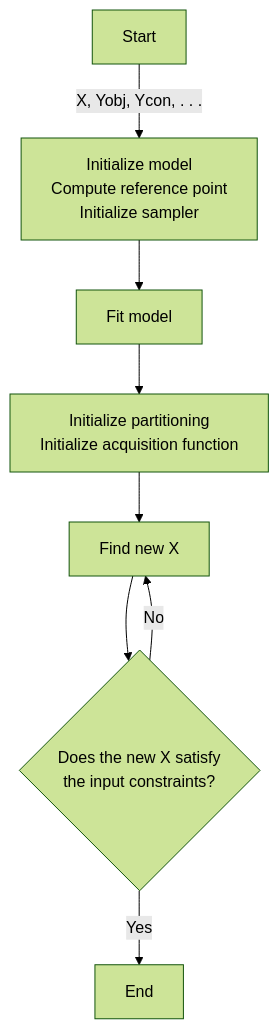
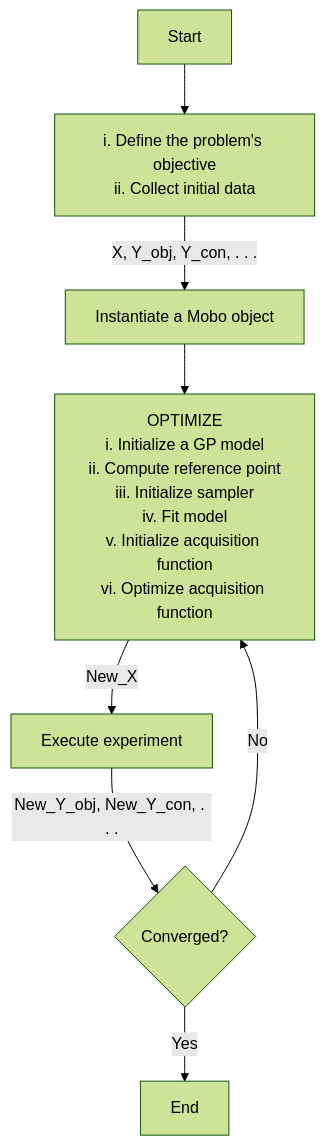
One commit to BerriesLab/pybo changed the diagram in readme.md. Above: the diagram before and after it, drawn with Mermaid (forest theme). The commit also changed other lines of this file and 10 other files, not shown here.

````diff
--- a/readme.md
+++ b/readme.md
@@ -80,17 +54,15 @@
 ```mermaid
 flowchart TD
-    A[Initialize model<br>Compute reference point<br>Initialize sampler]
-    B[Fit model]
-    C[Initialize partitioning<br>Initialize acquisition function]
-    D[Find new X]
-    E{Does the new X satisfy<br>the input constraints?}
-    Start -->|X, Yobj, Ycon, . . .| A
-    A --> B
-    B --> C
-    C --> D
-    D --> E
-    E -->|Yes| End
-    E -->|No| D
-
-
+    A1[i. Define the problem's objective<br>ii. Collect initial data]
+    A2[Instantiate a Mobo object]
+    A3[OPTIMIZE<br>i. Initialize a GP model<br>ii. Compute reference point<br>iii. Initialize sampler<br>iv. Fit model<br>v. Initialize acquisition function<br>vi. Optimize acquisition function]
+    A4[Execute experiment]
+    A5{Converged?}
+    Start --> A1
+    A1 -->|X, Y_obj, Y_con, . . .| A2
+    A2 --> A3
+    A3 -->|New_X| A4
+    A4 -->|New_Y_obj, New_Y_con, . . .| A5
+    A5 -->|Yes| End
+    A5 -->|No| A3
 ```
````
